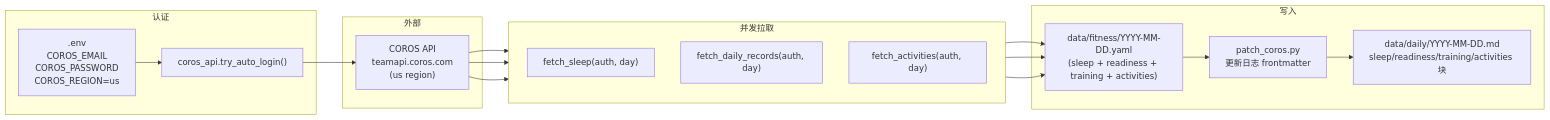
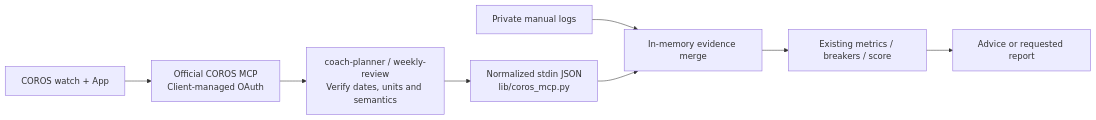
The fifth of 7 diagrams in ARCHITECTURE.md (KelvinYou/personal-os), drawn with Mermaid before and after one commit. The commit also changed other lines of this file and 19 other files, not shown here.

Commit message:
docs: update architecture, workflow SOP, roadmap and correction queue

````diff
--- a/ARCHITECTURE.md
+++ b/ARCHITECTURE.md
@@ -214,30 +205,10 @@
 ```mermaid
 flowchart LR
-    subgraph External ["外部"]
-        API["COROS API<br/>teamapi.coros.com<br/>(us region)"]
-    end
-
-    subgraph Auth ["认证"]
-        ENV[".env<br/>COROS_EMAIL<br/>COROS_PASSWORD<br/>COROS_REGION=us"]
-        LOGIN["coros_api.try_auto_login()"]
-        ENV --> LOGIN
-    end
-
-    subgraph Fetch ["并发拉取"]
-        direction TB
-        F1["fetch_sleep(auth, day)"]
-        F2["fetch_daily_records(auth, day)"]
-        F3["fetch_activities(auth, day)"]
-    end
-
-    subgraph Write ["写入"]
-        YAML["data/fitness/YYYY-MM-DD.yaml<br/>(sleep + readiness + training + activities)"]
-        PATCH["patch_coros.py<br/>更新日志 frontmatter"]
-        MD["data/daily/YYYY-MM-DD.md<br/>sleep/readiness/training/activities 块"]
-    end
-
-    LOGIN --> API
-    API --> F1 & F2 & F3
-    F1 & F2 & F3 --> YAML
-    YAML --> PATCH --> MD
+    Watch["COROS watch + App"] --> MCP["Official COROS MCP<br/>Client-managed OAuth"]
+    MCP --> Agent["coach-planner / weekly-review<br/>Verify dates, units and semantics"]
+    Agent --> Input["Normalized stdin JSON<br/>lib/coros_mcp.py"]
+    Manual["Private manual logs"] --> Merge["In-memory evidence merge"]
+    Input --> Merge
+    Merge --> Rules["Existing metrics / breakers / score"]
+    Rules --> Output["Advice or requested report"]
 ```
````
